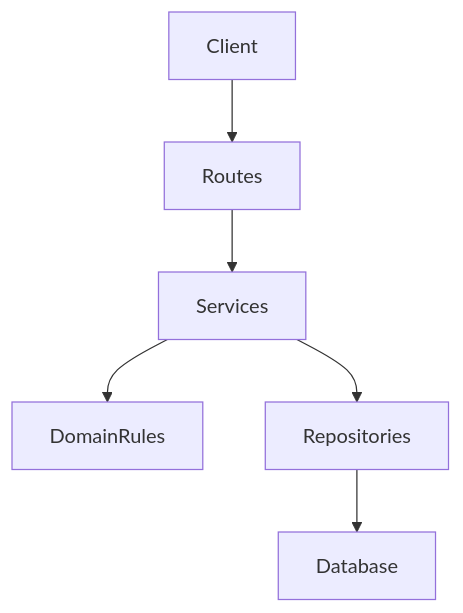
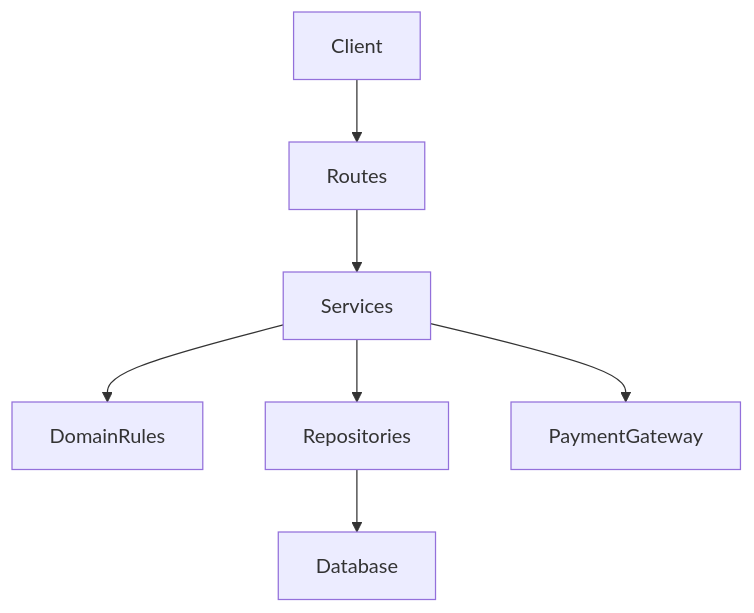
One commit to sabbathjacob03-source/capstone-project-dsa- changed the first of 3 diagrams in docs/architecture.md. Above: the diagram before and after it, drawn with Mermaid. The commit also changed other lines of this file and 15 other files, not shown here.

````diff
--- a/docs/architecture.md
+++ b/docs/architecture.md
@@ -5,8 +5,9 @@
 ```mermaid
 flowchart TD
   Client --> Routes
   Routes --> Services
   Services --> DomainRules
   Services --> Repositories
+  Services --> PaymentGateway
   Repositories --> Database
 ```
````
